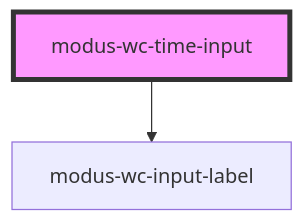
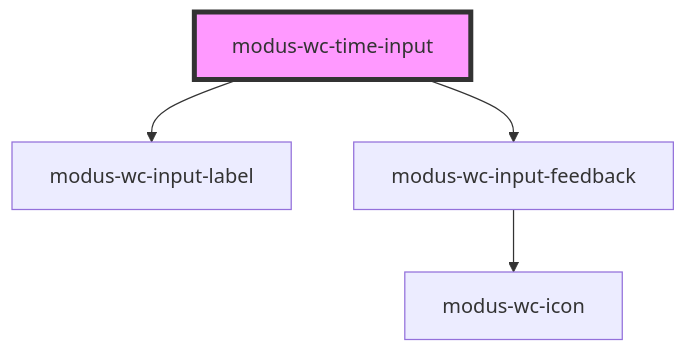
One commit to trimble-oss/modus-wc-2.0 changed the diagram in src/components/modus-wc-time-input/readme.md. Above: the diagram before and after it, drawn with Mermaid. The commit also changed other lines of this file and 43 other files, not shown here.

Commit message:
feat: add input-feedback to input components

````diff
--- a/src/components/modus-wc-time-input/readme.md
+++ b/src/components/modus-wc-time-input/readme.md
@@ -54,5 +56,7 @@
 ```mermaid
 graph TD;
   modus-wc-time-input --> modus-wc-input-label
+  modus-wc-time-input --> modus-wc-input-feedback
+  modus-wc-input-feedback --> modus-wc-icon
   style modus-wc-time-input fill:#f9f,stroke:#333,stroke-width:4px
 ```
````
